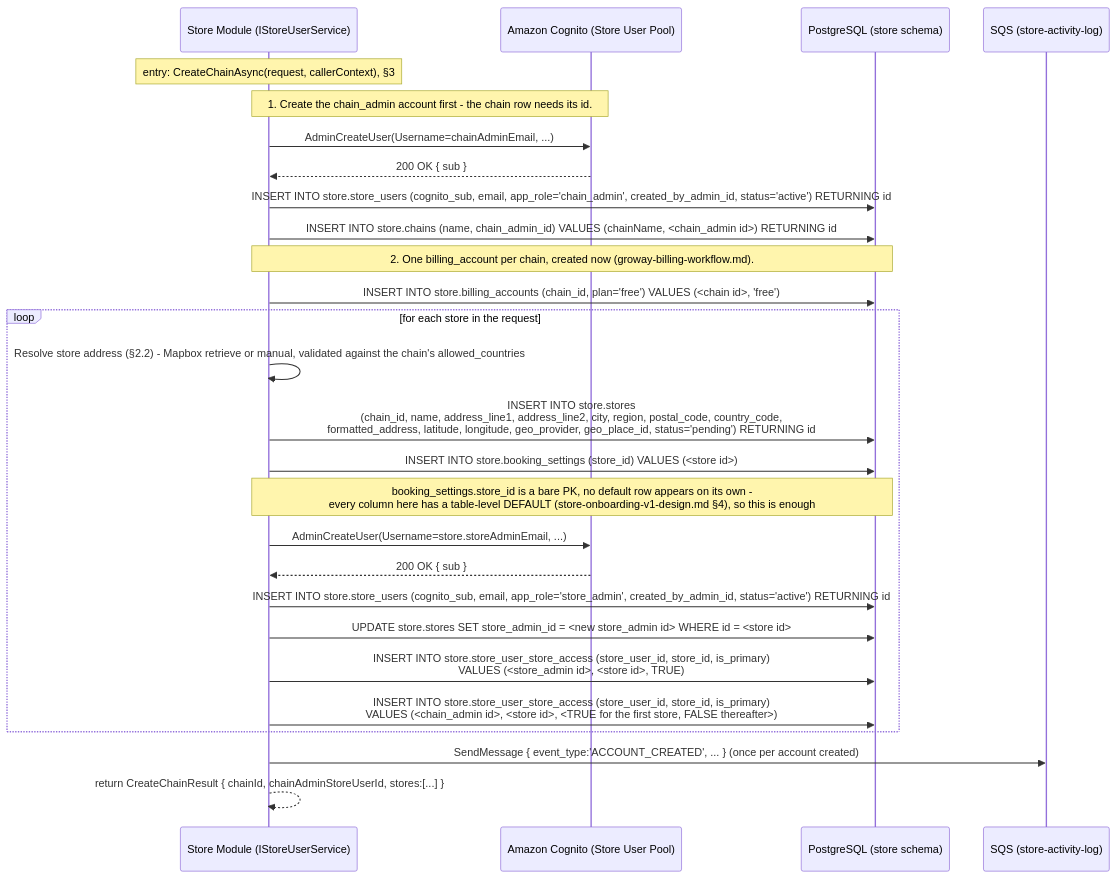
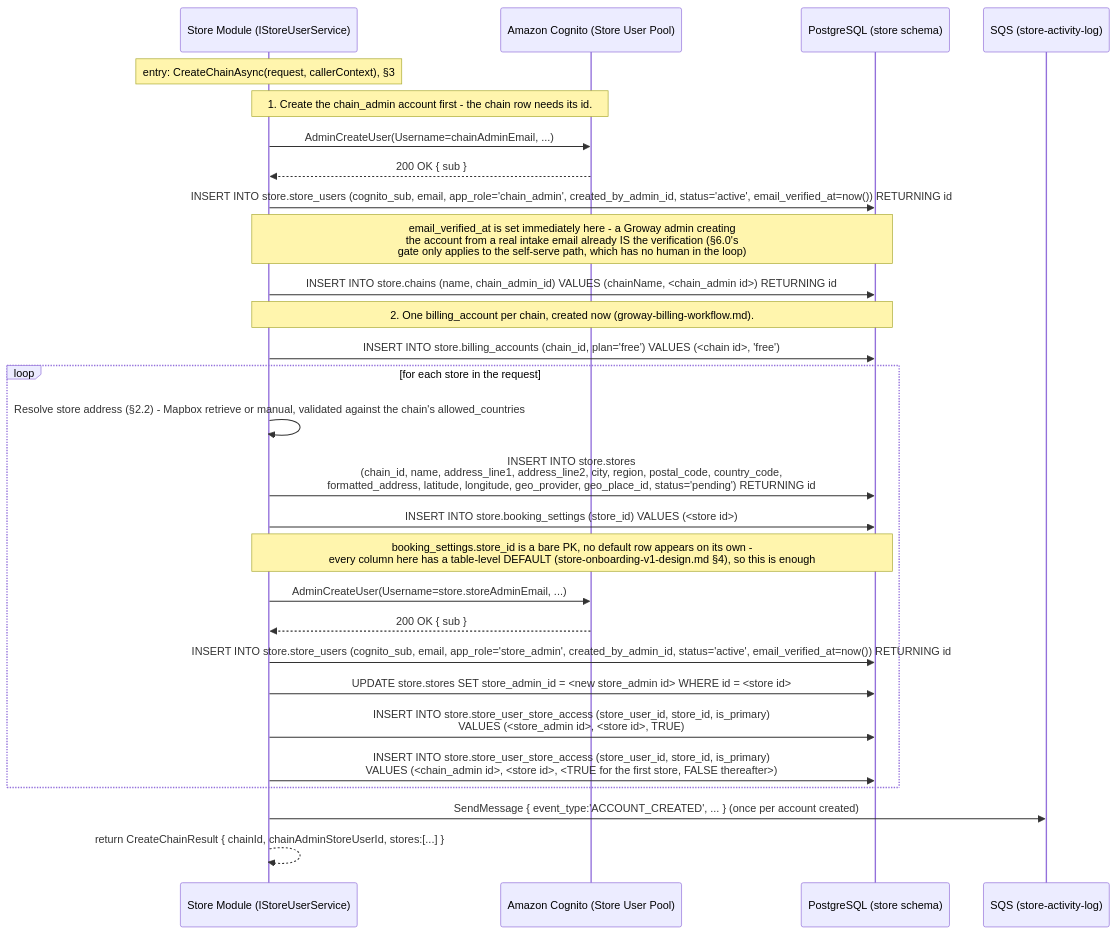
One commit to szhanggit/appointmentsystemdesign changed the fifth of 12 diagrams in usercasestudy/growayshop-registration-workflow.md. Above: the diagram before and after it, drawn with Mermaid. The commit also changed other lines of this file and 13 other files, not shown here.

````diff
--- a/usercasestudy/growayshop-registration-workflow.md
+++ b/usercasestudy/growayshop-registration-workflow.md
@@ -253,35 +391,36 @@
 ```mermaid
 sequenceDiagram
     participant SM as Store Module (IStoreUserService)
     participant SCOG as Amazon Cognito (Store User Pool)
     participant DB as PostgreSQL (store schema)
     participant SQSQ as SQS (store-activity-log)
 
     Note over SM: entry: CreateChainAsync(request, callerContext), §3
 
     Note over SM,SCOG: 1. Create the chain_admin account first - the chain row needs its id.
     SM->>SCOG: AdminCreateUser(Username=chainAdminEmail, ...)
     SCOG-->>SM: 200 OK { sub }
-    SM->>DB: INSERT INTO store.store_users (cognito_sub, email, app_role='chain_admin', created_by_admin_id, status='active') RETURNING id
+    SM->>DB: INSERT INTO store.store_users (cognito_sub, email, app_role='chain_admin', created_by_admin_id, status='active', email_verified_at=now()) RETURNING id
+    Note over SM,DB: email_verified_at is set immediately here - a Groway admin creating<br/>the account from a real intake email already IS the verification (§6.0's<br/>gate only applies to the self-serve path, which has no human in the loop)
 
     SM->>DB: INSERT INTO store.chains (name, chain_admin_id) VALUES (chainName, <chain_admin id>) RETURNING id
 
     Note over SM,DB: 2. One billing_account per chain, created now (groway-billing-workflow.md).
     SM->>DB: INSERT INTO store.billing_accounts (chain_id, plan='free') VALUES (<chain id>, 'free')
 
     loop for each store in the request
         SM->>SM: Resolve store address (§2.2) - Mapbox retrieve or manual, validated against the chain's allowed_countries
         SM->>DB: INSERT INTO store.stores<br/>(chain_id, name, address_line1, address_line2, city, region, postal_code, country_code,<br/>formatted_address, latitude, longitude, geo_provider, geo_place_id, status='pending') RETURNING id
         SM->>DB: INSERT INTO store.booking_settings (store_id) VALUES (<store id>)
         Note over SM,DB: booking_settings.store_id is a bare PK, no default row appears on its own -<br/>every column here has a table-level DEFAULT (store-onboarding-v1-design.md §4), so this is enough
         SM->>SCOG: AdminCreateUser(Username=store.storeAdminEmail, ...)
         SCOG-->>SM: 200 OK { sub }
-        SM->>DB: INSERT INTO store.store_users (cognito_sub, email, app_role='store_admin', created_by_admin_id, status='active') RETURNING id
+        SM->>DB: INSERT INTO store.store_users (cognito_sub, email, app_role='store_admin', created_by_admin_id, status='active', email_verified_at=now()) RETURNING id
         SM->>DB: UPDATE store.stores SET store_admin_id = <new store_admin id> WHERE id = <store id>
         SM->>DB: INSERT INTO store.store_user_store_access (store_user_id, store_id, is_primary)<br/>VALUES (<store_admin id>, <store id>, TRUE)
         SM->>DB: INSERT INTO store.store_user_store_access (store_user_id, store_id, is_primary)<br/>VALUES (<chain_admin id>, <store id>, <TRUE for the first store, FALSE thereafter>)
     end
 
     SM->>SQSQ: SendMessage { event_type:'ACCOUNT_CREATED', ... } (once per account created)
     SM-->>SM: return CreateChainResult { chainId, chainAdminStoreUserId, stores:[...] }
 ```
````
